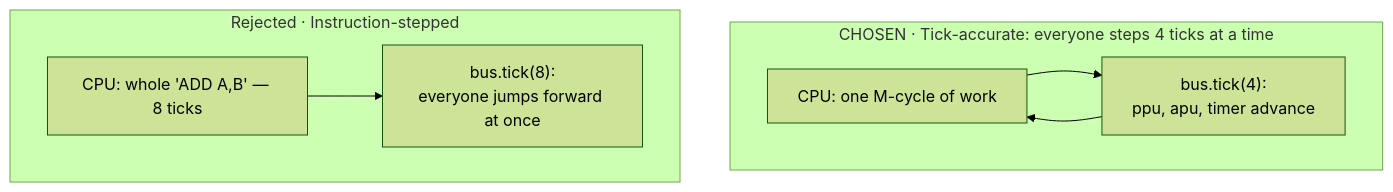
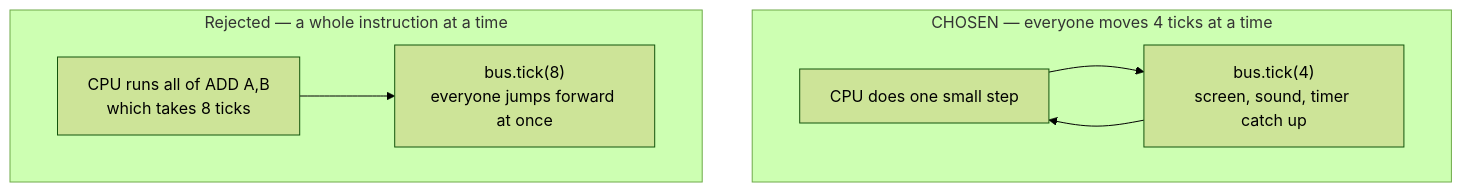
Before and after one commit to dudustri/rustboy-color: the sixth of 16 diagrams in docs/architecture.md, drawn with Mermaid (forest theme). The commit also changed other lines of this file and 17 other files, not shown here.

````diff
--- a/docs/architecture.md
+++ b/docs/architecture.md
@@ -179,9 +186,11 @@
 ```mermaid
+%%{init: {"flowchart": {"nodeSpacing": 50, "rankSpacing": 70}}}%%
 flowchart TB
-    subgraph opt2["CHOSEN · Tick-accurate: everyone steps 4 ticks at a time"]
-        B1["CPU: one M-cycle of work"] --> B2["bus.tick(4):<br/>ppu, apu, timer advance"] --> B1
+    subgraph opt2["CHOSEN — everyone moves 4 ticks at a time"]
+        B1["CPU does one small step"] --> B2["bus.tick(4)<br/>screen, sound, timer catch up"]
+        B2 --> B1
     end
-    subgraph opt1["Rejected · Instruction-stepped"]
-        A1["CPU: whole 'ADD A,B' — 8 ticks"] --> A2["bus.tick(8):<br/>everyone jumps forward at once"]
+    subgraph opt1["Rejected — a whole instruction at a time"]
+        A1["CPU runs all of ADD A,B<br/>which takes 8 ticks"] --> A2["bus.tick(8)<br/>everyone jumps forward at once"]
     end
 ```
````
